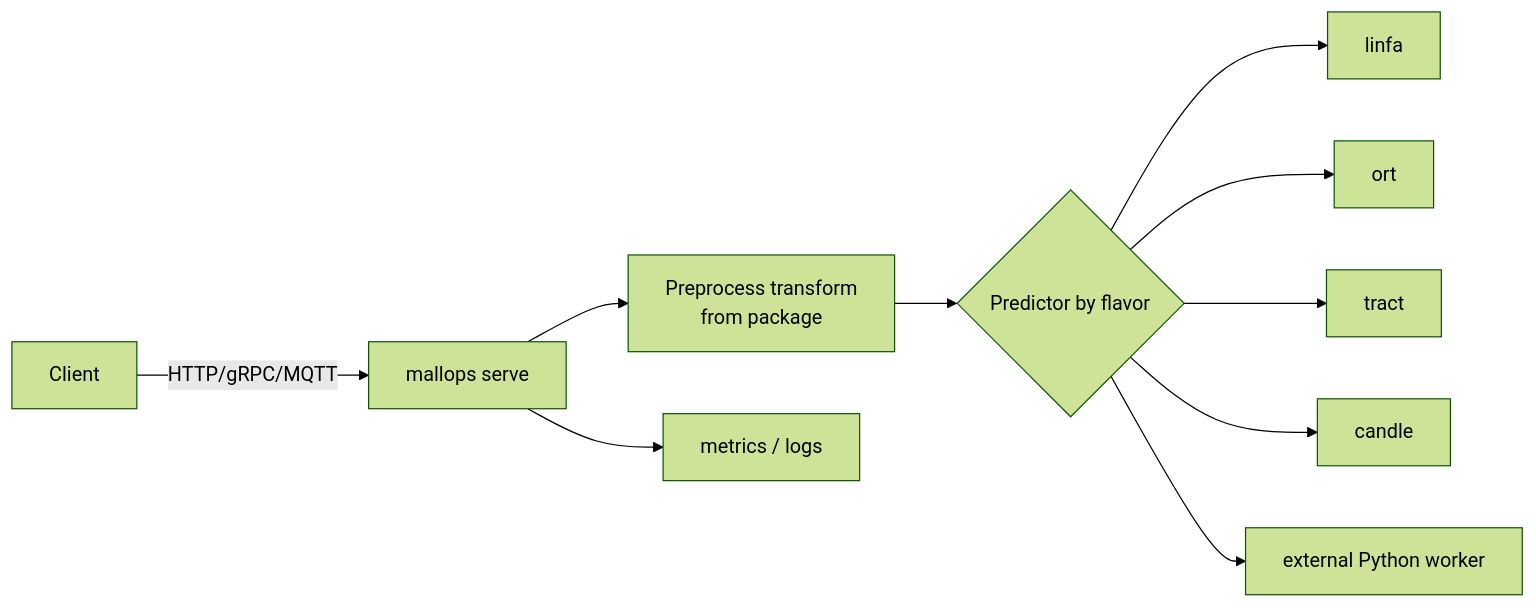
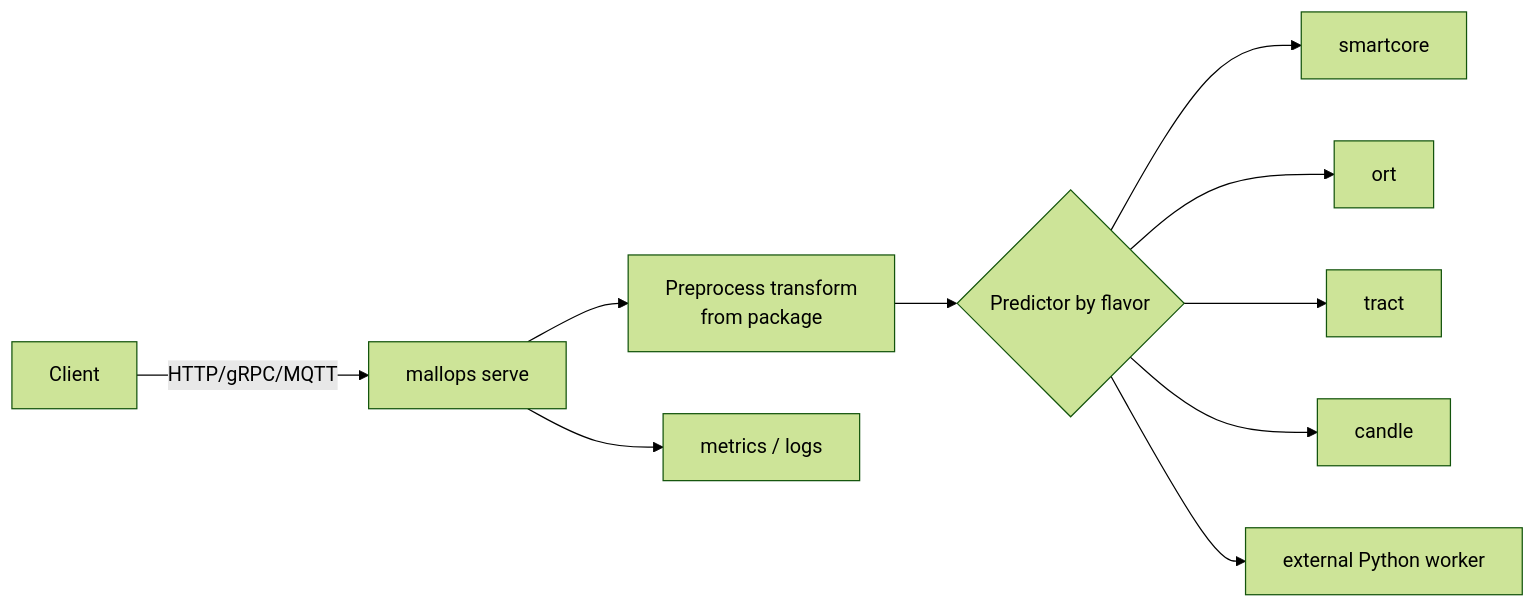
Before and after one commit to bighands2304/mallops: the fourth of 5 diagrams in docs/ARCHITECTURE.md, drawn with Mermaid (forest theme). The commit also changed other lines of this file and 14 other files, not shown here.

````diff
--- a/docs/ARCHITECTURE.md
+++ b/docs/ARCHITECTURE.md
@@ -379,12 +379,12 @@
 ```mermaid
 flowchart LR
     C[Client] -->|HTTP/gRPC/MQTT| S[mallops serve]
     S --> T[Preprocess transform<br/>from package]
     T --> P{Predictor by flavor}
-    P --> LF[linfa]
+    P --> SC[smartcore]
     P --> O[ort]
     P --> TR[tract]
     P --> CA[candle]
     P --> EXT[external Python worker]
     S --> M[metrics / logs]
 ```
````
